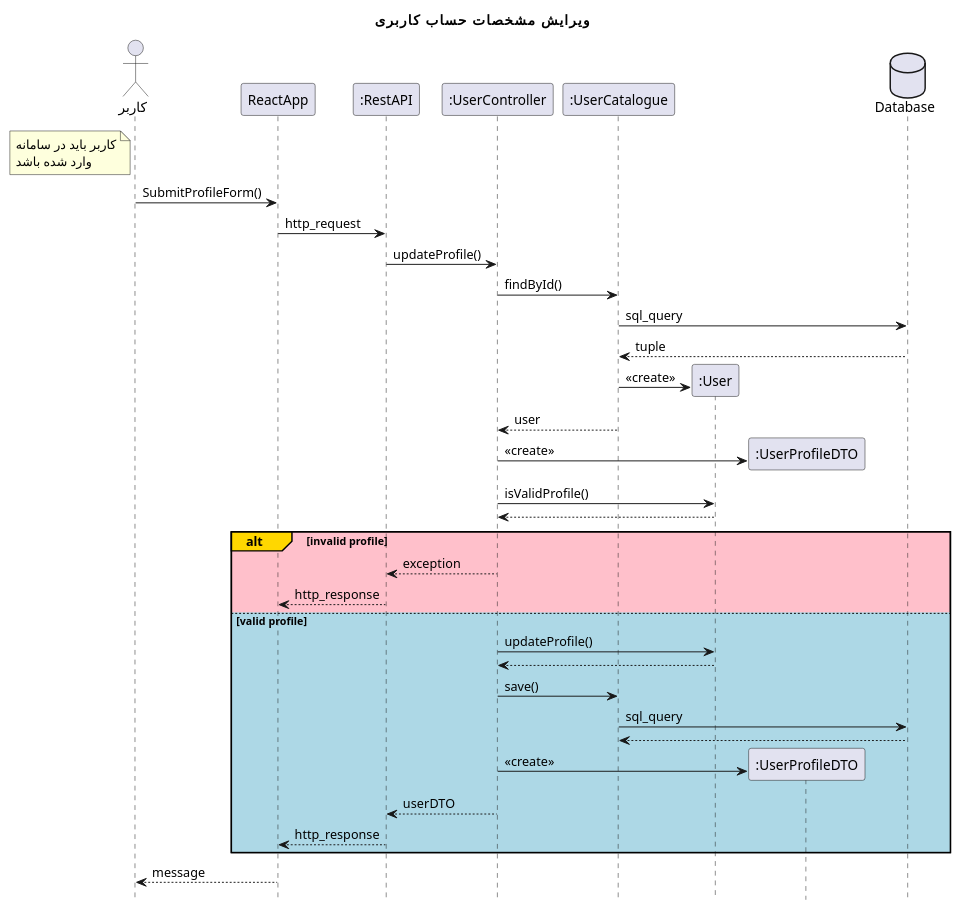
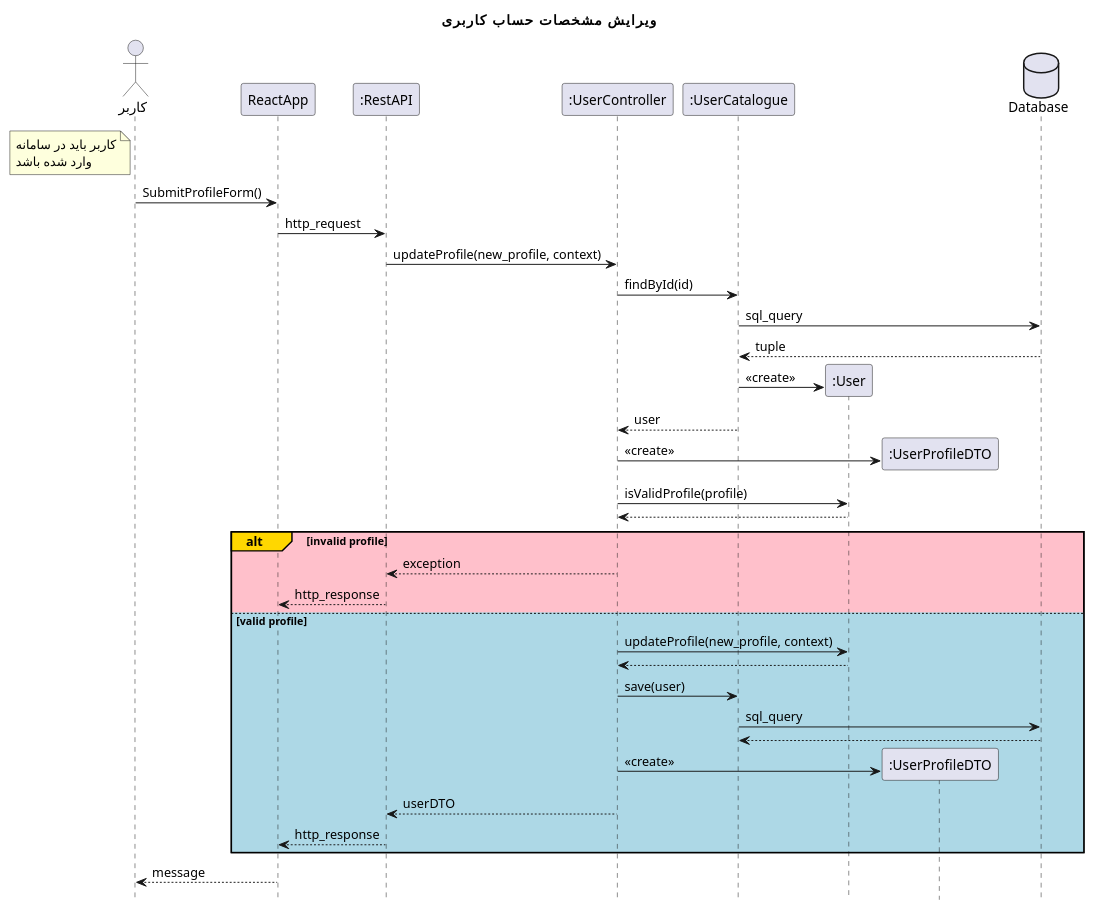
Before and after one commit to Khedmatkar-OOD-spring-2022/Model-and-Documents: the diagram in design sequence diagams/updateProfile.plantuml, drawn with PlantUML. The commit also changed 26 other files, not shown here.

```diff
--- a/design sequence diagams/updateProfile.plantuml
+++ b/design sequence diagams/updateProfile.plantuml
@@ -1,48 +1,48 @@
 @startuml updateProfile
 hide footbox
 title "ویرایش مشخصات حساب کاربری"
 actor       کاربر as user
 participant ReactApp
 participant ":RestAPI" as RestAPI
 participant ":UserController" as UserController
 participant ":UserCatalogue" as UserCatalogue
 participant ":User" as User
 participant ":UserProfileDTO" as UserProfileDTO
 database Database
 note left of user
     کاربر باید در سامانه
     وارد شده باشد
 end note
 
 user -> ReactApp: SubmitProfileForm()
 ReactApp -> RestAPI: http_request
-RestAPI -> UserController : updateProfile()
-UserController -> UserCatalogue: findById()
+RestAPI -> UserController : updateProfile(new_profile, context)
+UserController -> UserCatalogue: findById(id)
 UserCatalogue -> Database: sql_query
 return tuple
 UserCatalogue -> User **: <<create>>
 UserCatalogue --> UserController: user
 
 UserController -> UserProfileDTO **: <<create>>
-UserController -> User: isValidProfile()
+UserController -> User: isValidProfile(profile)
 return
 
 alt#Gold #Pink invalid profile
 
     UserController --> RestAPI: exception
     RestAPI --> ReactApp: http_response
 
 else #LightBlue valid profile
 
-    UserController -> User: updateProfile()
+    UserController -> User: updateProfile(new_profile, context)
     return
-    UserController -> UserCatalogue: save()
+    UserController -> UserCatalogue: save(user)
     UserCatalogue -> Database: sql_query
     return
     UserController -> UserProfileDTO **: <<create>>
     UserController --> RestAPI: userDTO
     RestAPI --> ReactApp: http_response
 end
 
 ReactApp --> user: message
 @enduml
```
